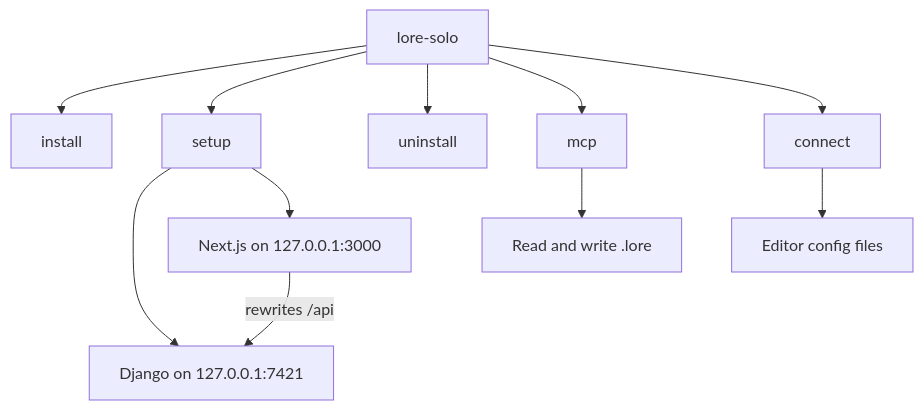
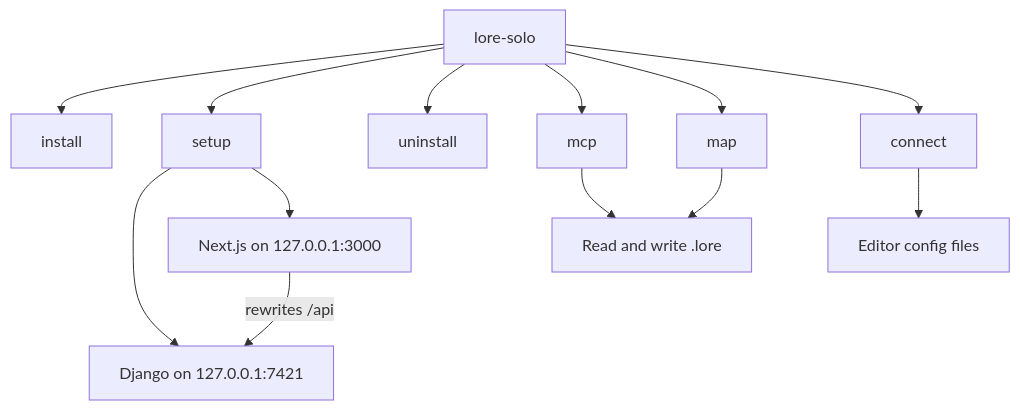
One commit to starrynight-web/LORE changed the second of 6 diagrams in docs/solo/HOW_IT_WORKS.md. Above: the diagram before and after it, drawn with Mermaid. The commit also changed other lines of this file and 59 other files, not shown here.

````diff
--- a/docs/solo/HOW_IT_WORKS.md
+++ b/docs/solo/HOW_IT_WORKS.md
@@ -38,14 +41,16 @@
 ```mermaid
 flowchart TD
   entry["lore-solo"]
   entry --> install["install"]
   entry --> setup["setup"]
   entry --> uninstall["uninstall"]
   entry --> mcp["mcp"]
+  entry --> mapCmd["map"]
   entry --> connect["connect"]
   setup --> django["Django on 127.0.0.1:7421"]
   setup --> next["Next.js on 127.0.0.1:3000"]
   next -->|"rewrites /api"| django
   mcp --> files["Read and write .lore"]
+  mapCmd --> files
   connect --> editors["Editor config files"]
 ```
````
